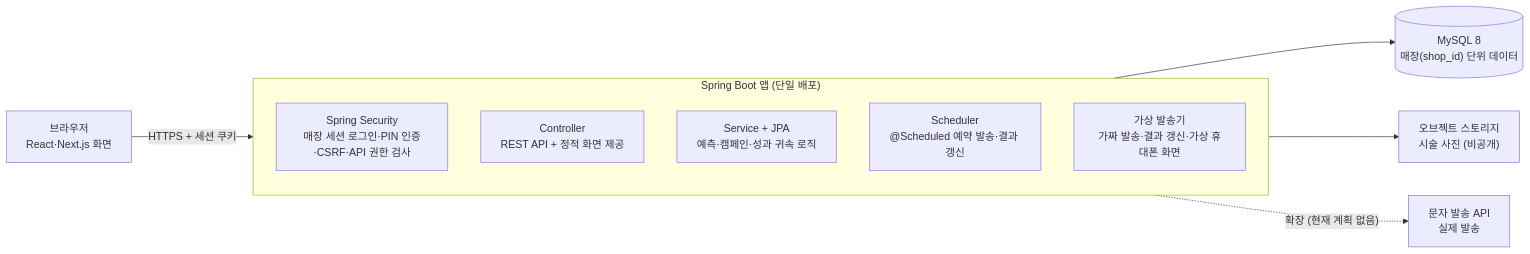
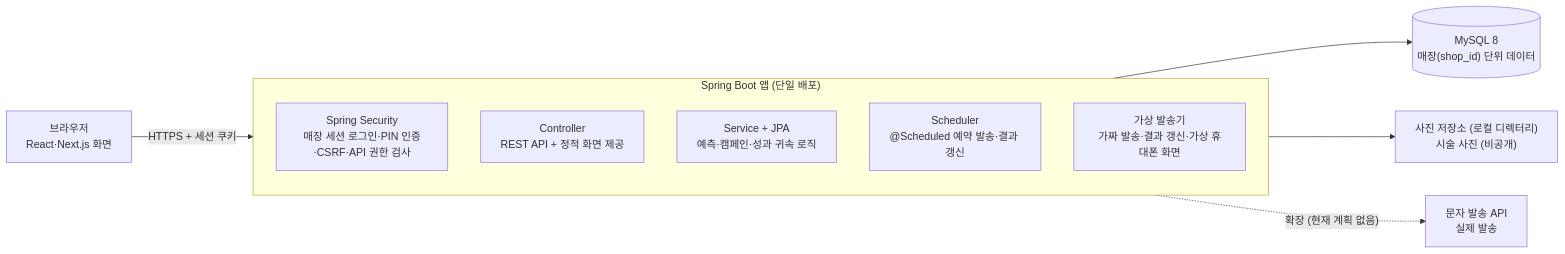
The second of 2 diagrams in 기획서.md (tuktak-lab/docs), drawn with Mermaid before and after one commit. The commit also changed other lines of this file and 5 other files, not shown here.

````diff
--- a/기획서.md
+++ b/기획서.md
@@ -232,15 +232,15 @@
 ```mermaid
 flowchart LR
     B["브라우저<br/>React·Next.js 화면"] -- "HTTPS + 세션 쿠키" --> APP
     subgraph APP["Spring Boot 앱 (단일 배포)"]
         direction TB
         S["Spring Security<br/>매장 세션 로그인·PIN 인증·CSRF·API 권한 검사"]
         C["Controller<br/>REST API + 정적 화면 제공"]
         SV["Service + JPA<br/>예측·캠페인·성과 귀속 로직"]
         SC["Scheduler<br/>@Scheduled 예약 발송·결과 갱신"]
         V["가상 발송기<br/>가짜 발송·결과 갱신·가상 휴대폰 화면"]
     end
     APP --> DB[("MySQL 8<br/>매장(shop_id) 단위 데이터")]
-    APP --> ST["오브젝트 스토리지<br/>시술 사진 (비공개)"]
+    APP --> ST["사진 저장소 (로컬 디렉터리)<br/>시술 사진 (비공개)"]
     APP -. "확장 (현재 계획 없음)" .-> SMS["문자 발송 API<br/>실제 발송"]
 ```
````
